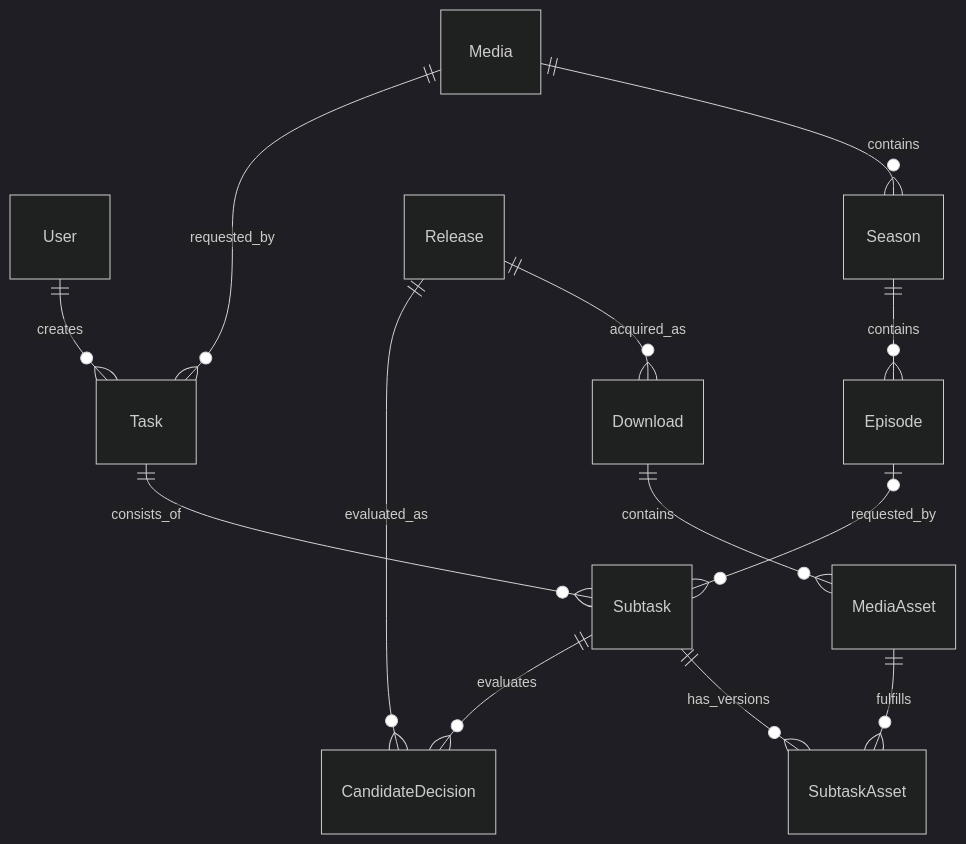
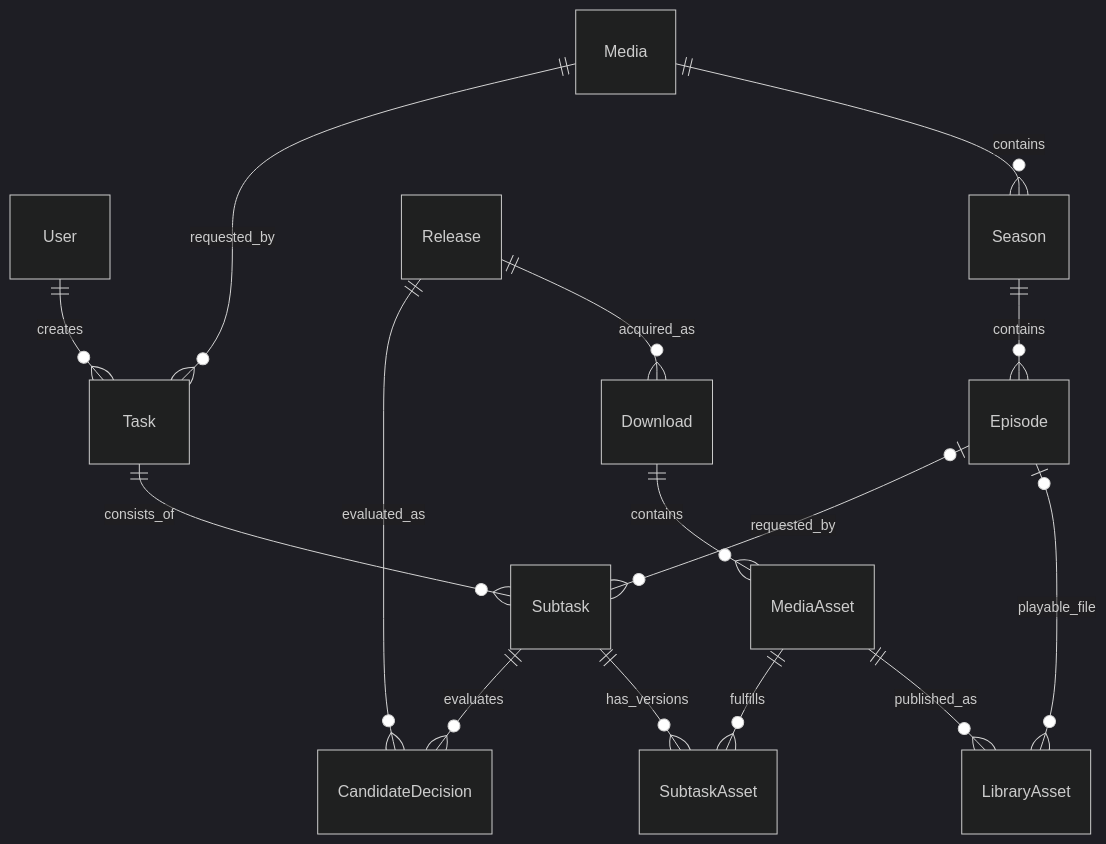
One commit to Drun555/Lazarr changed the second of 2 diagrams in docs/architecture.md. Above: the diagram before and after it, drawn with Mermaid (dark theme). The commit also changed other lines of this file and 13 other files, not shown here.

Commit message:
Preserve library media after task deletion

````diff
--- a/docs/architecture.md
+++ b/docs/architecture.md
@@ -35,15 +35,17 @@
 ```mermaid
 erDiagram
     User ||--o{ Task : creates
     Media ||--o{ Task : requested_by
     Media ||--o{ Season : contains
     Season ||--o{ Episode : contains
     Task ||--o{ Subtask : consists_of
     Episode o|--o{ Subtask : requested_by
     Release ||--o{ CandidateDecision : evaluated_as
     Subtask ||--o{ CandidateDecision : evaluates
     Release ||--o{ Download : acquired_as
     Download ||--o{ MediaAsset : contains
     MediaAsset ||--o{ SubtaskAsset : fulfills
     Subtask ||--o{ SubtaskAsset : has_versions
+    MediaAsset ||--o{ LibraryAsset : published_as
+    Episode o|--o{ LibraryAsset : playable_file
 ```
````
